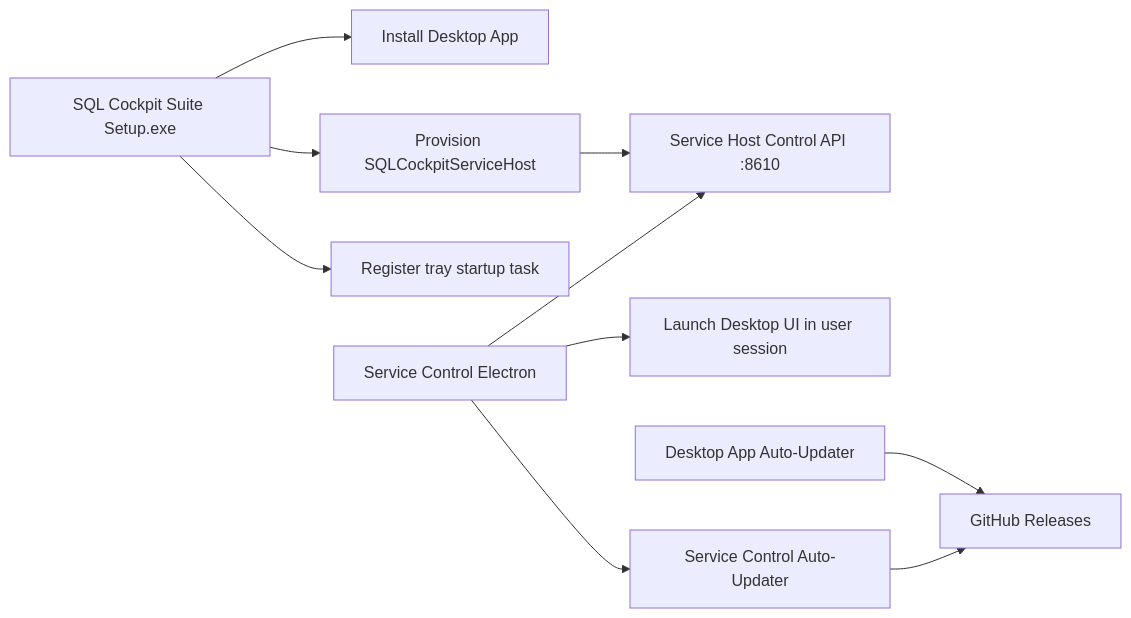
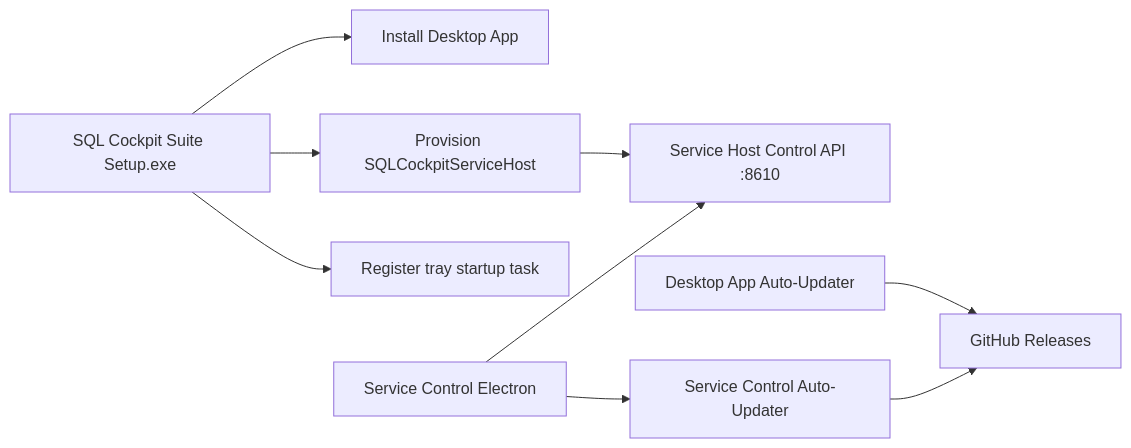
The diagram in docs/operations/windows-service-control-electron.md (sql-cockpit/sql-cockpit-docs-source), drawn with Mermaid before and after one commit. The commit also changed other lines of this file and 42 other files, not shown here.

````diff
--- a/docs/operations/windows-service-control-electron.md
+++ b/docs/operations/windows-service-control-electron.md
@@ -12,12 +12,11 @@
 ```mermaid
 flowchart LR
     A[SQL Cockpit Suite Setup.exe] --> B[Install Desktop App]
     A --> C[Provision SQLCockpitServiceHost]
     A --> D[Register tray startup task]
     C --> E[Service Host Control API :8610]
     F[Service Control Electron] --> E
-    F --> G[Launch Desktop UI in user session]
     H[Desktop App Auto-Updater] --> I[GitHub Releases]
     F --> J[Service Control Auto-Updater]
     J --> I
 ```
````
